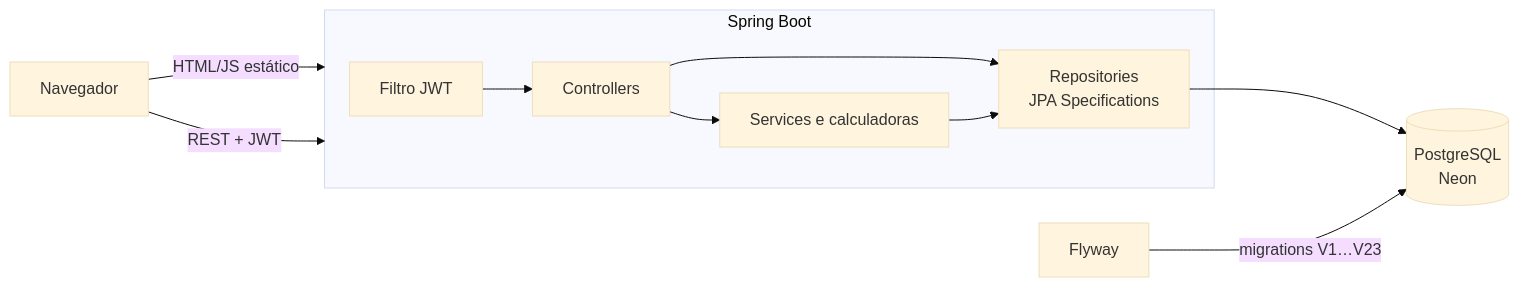
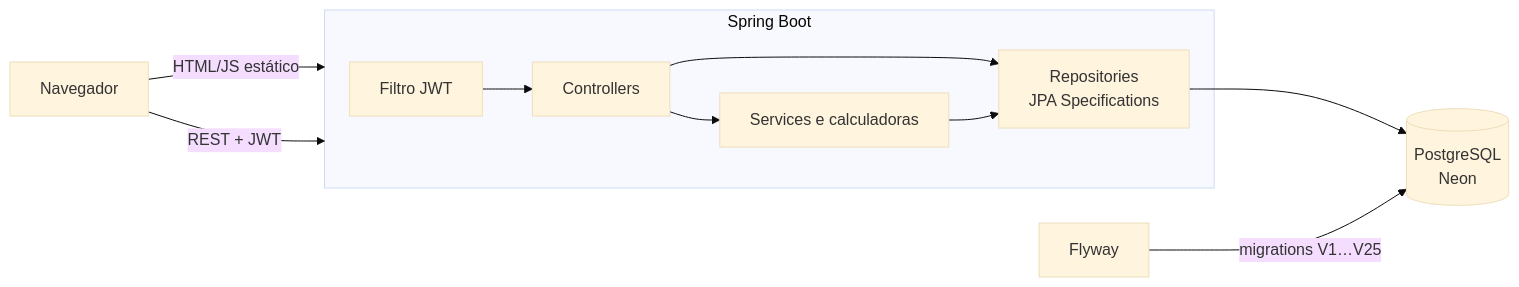
One commit to gustavoromanno/concursos-platform changed the first of 3 diagrams in README.md. Above: the diagram before and after it, drawn with Mermaid (base theme). The commit also changed other lines of this file and 30 other files, not shown here.

````diff
--- a/README.md
+++ b/README.md
@@ -103,13 +106,13 @@
 ```mermaid
 flowchart LR
     U[Navegador] -->|HTML/JS estático| S
     U -->|REST + JWT| S
     subgraph S[Spring Boot]
         F[Filtro JWT] --> C[Controllers]
         C --> SV[Services e calculadoras]
         C --> R[Repositories<br/>JPA Specifications]
         SV --> R
     end
     R --> DB[(PostgreSQL<br/>Neon)]
-    FW[Flyway] -->|migrations V1…V23| DB
+    FW[Flyway] -->|migrations V1…V25| DB
 ```
````
